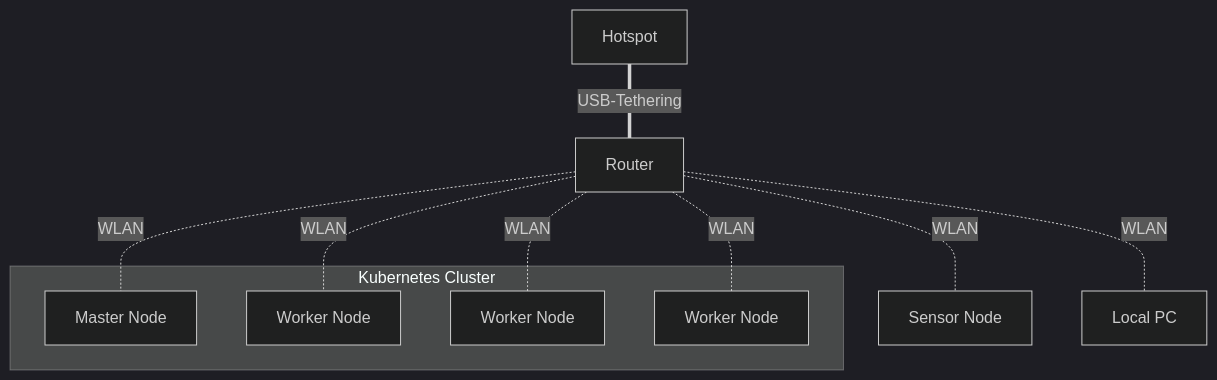
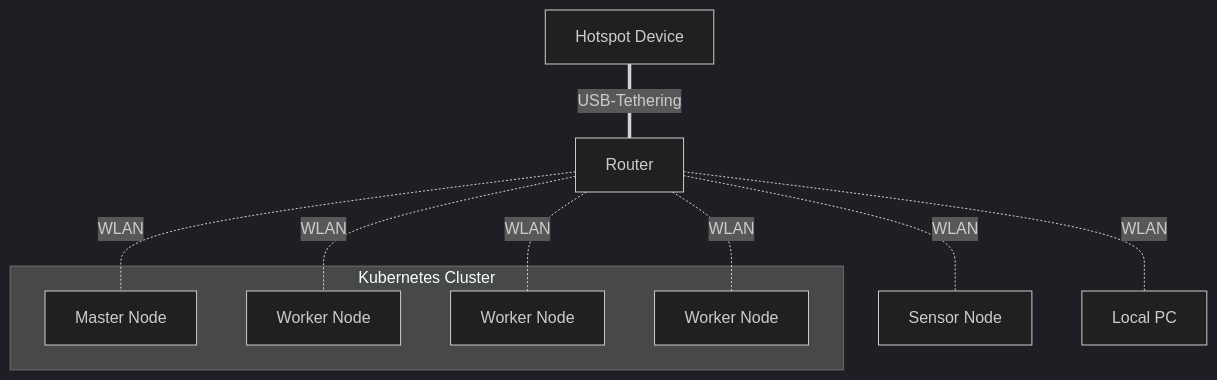
One commit to ccfrauasgr2/pet-detection changed the first of 3 diagrams in docs/Group_2_SS23_ProjectReport.md. Above: the diagram before and after it, drawn with Mermaid (dark theme). The commit also changed other lines of this file, not shown here.

````diff
--- a/docs/Group_2_SS23_ProjectReport.md
+++ b/docs/Group_2_SS23_ProjectReport.md
@@ -35,22 +36,22 @@
 ```mermaid
 flowchart TB
-  hotspot[Hotspot]
+  hotspot[Hotspot Device]
   router[Router]
   sensornode[Sensor Node]
   
 
 
 subgraph cluster[Kubernetes Cluster]
   master[Master Node]
   worker1[Worker Node]
   worker2[Worker Node]
   worker3[Worker Node]
 end  
   
   localpc[Local PC]
 
   hotspot ==USB-Tethering=== router
   router -. WLAN .- localpc & sensornode & master & worker1 & worker2 & worker3
 
 
 ```
````
